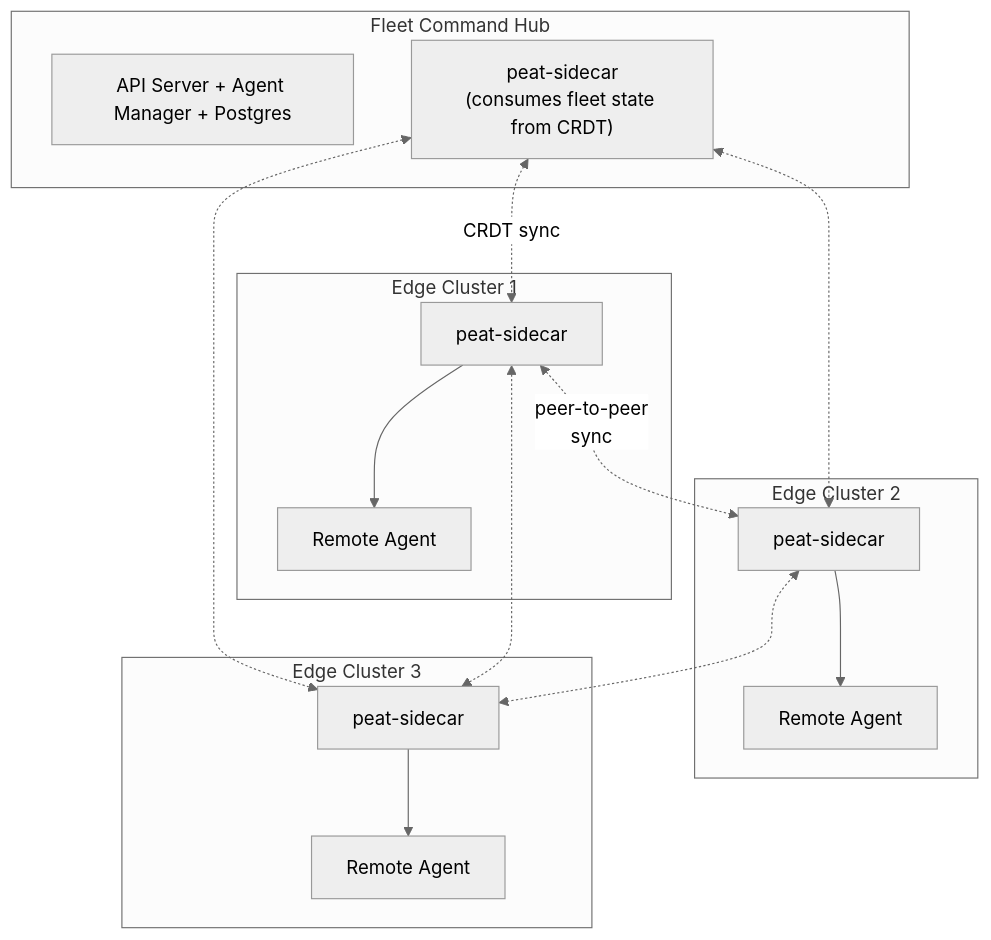
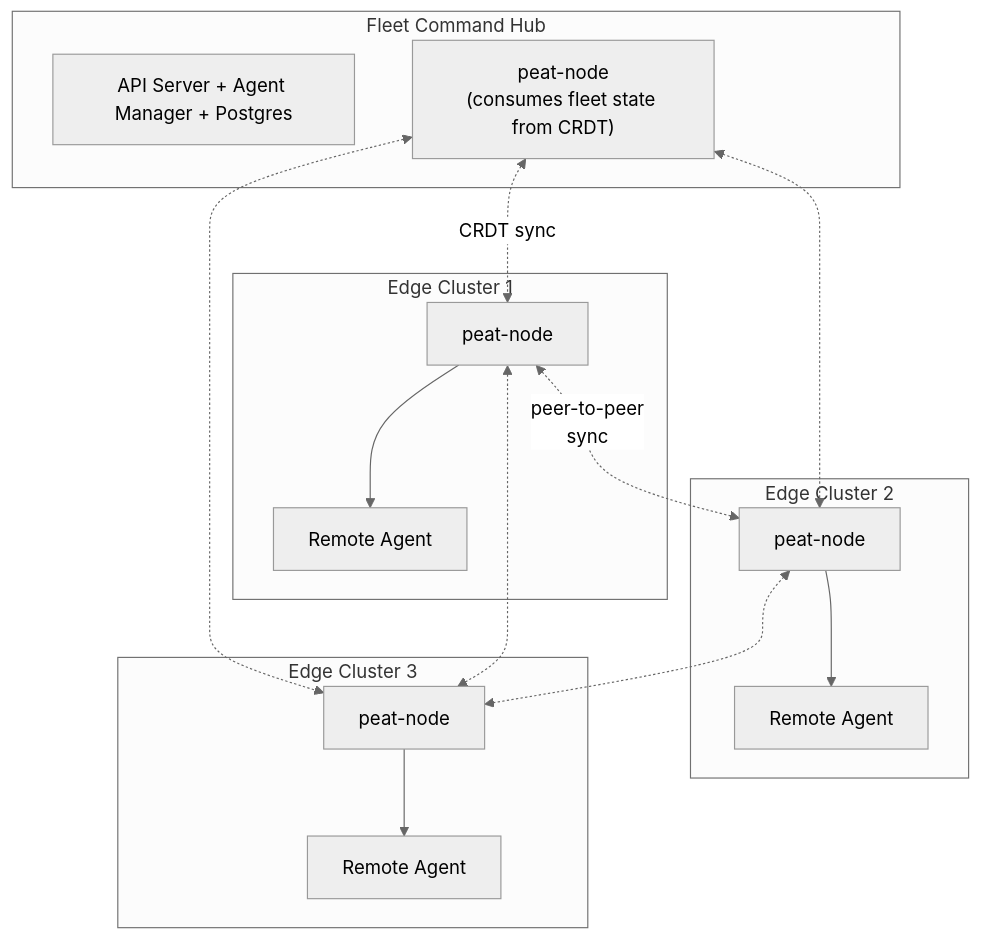
The second of 4 diagrams in docs/DESIGN.md (defenseunicorns/peat-node), drawn with Mermaid (neutral theme) before and after one commit. The commit also changed other lines of this file and 38 other files, not shown here.

First line of the commit message:
refactor: rename peat-sidecar to peat-node

````diff
--- a/docs/DESIGN.md
+++ b/docs/DESIGN.md
@@ -61,28 +61,28 @@
 ```mermaid
 graph TB
     subgraph hub["Fleet Command Hub"]
         hubapi["API Server + Agent Manager + Postgres"]
-        hubsidecar["peat-sidecar<br/>(consumes fleet state from CRDT)"]
+        hubsidecar["peat-node<br/>(consumes fleet state from CRDT)"]
     end
     hubsidecar <-. "CRDT sync" .-> e1sidecar
     hubsidecar <-.-> e2sidecar
     hubsidecar <-.-> e3sidecar
     e1sidecar <-. "peer-to-peer<br/>sync" .-> e2sidecar
     e2sidecar <-.-> e3sidecar
     e1sidecar <-.-> e3sidecar
     subgraph e1["Edge Cluster 1"]
         e1agent["Remote Agent"]
-        e1sidecar["peat-sidecar"]
+        e1sidecar["peat-node"]
         e1sidecar --> e1agent
     end
     subgraph e2["Edge Cluster 2"]
         e2agent["Remote Agent"]
-        e2sidecar["peat-sidecar"]
+        e2sidecar["peat-node"]
         e2sidecar --> e2agent
     end
     subgraph e3["Edge Cluster 3"]
         e3agent["Remote Agent"]
-        e3sidecar["peat-sidecar"]
+        e3sidecar["peat-node"]
         e3sidecar --> e3agent
     end
 ```
````
